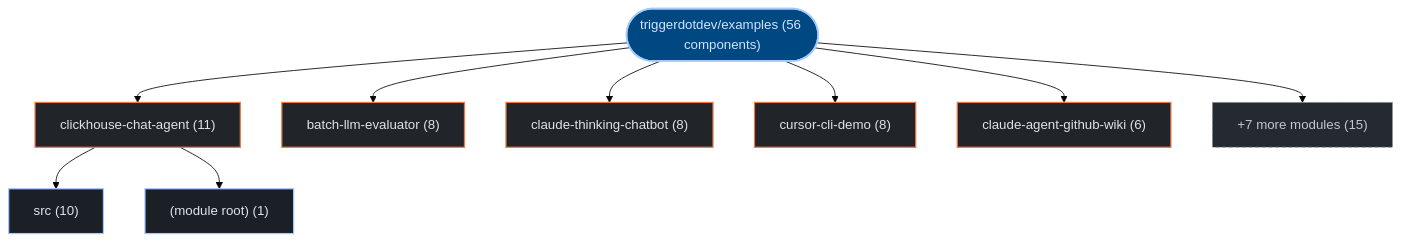
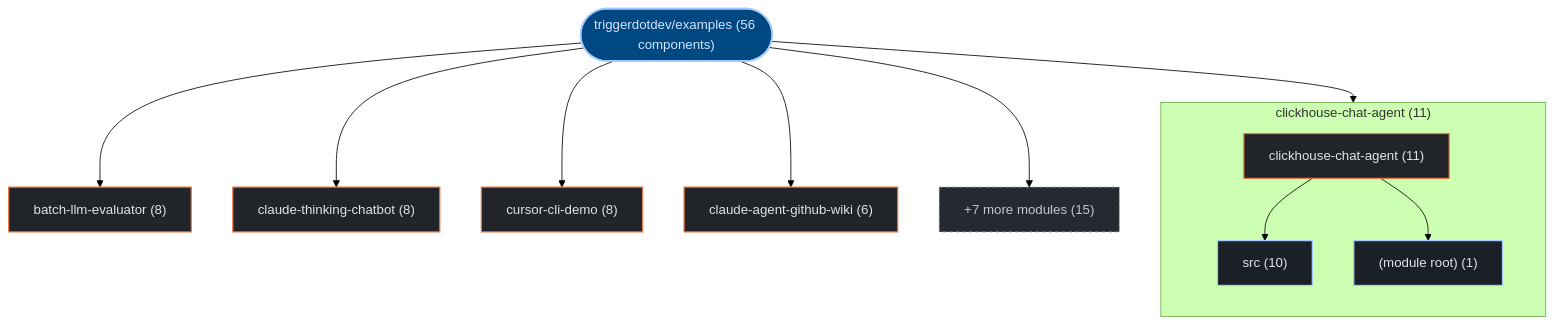
Before and after one commit to kumarshaz/atruss-code-atlas: the first of 2 diagrams in exports/latest/reports/triggerdotdev-examples-report.md, drawn with Mermaid (forest theme). The commit also changed 178 other files, not shown here.

Commit message:
feat(ui,mermaid): upgrade to mermaid v12 + ELK layout, add orgs-summary + pagination, subgraph building blocks, fix tab alignment

````diff
--- a/exports/latest/reports/triggerdotdev-examples-report.md
+++ b/exports/latest/reports/triggerdotdev-examples-report.md
@@ -41,27 +41,30 @@
 ```mermaid
 graph TD;
   classDef atlasRoot fill:#004882,stroke:#a3c9ff,stroke-width:2px,color:#d3e4ff
   classDef atlasCategory fill:#212428,stroke:#E87A48,stroke-width:1.5px,color:#dfe3eb
   classDef atlasWorkflow fill:#1b2026,stroke:#a3c9ff,stroke-width:1.5px,color:#dfe3eb
   classDef atlasJob fill:#171c22,stroke:#8d9199,stroke-width:1px,color:#dfe3eb
   classDef atlasTarget fill:#005227,stroke:#8bd99b,stroke-width:1.5px,color:#a7f6b6
   classDef atlasAlert fill:#93000a,stroke:#ffb4ab,stroke-width:1.5px,color:#ffdad6
   classDef atlasMore fill:#252a31,stroke:#8d9199,stroke-dasharray:4 4,color:#c3c6cf
     repo_root(["triggerdotdev/examples (56 components)"]):::atlasRoot
-    dir_0_clickhouse_chat_agent["clickhouse-chat-agent (11)"]:::atlasCategory
+    subgraph sg_dir_0_clickhouse_chat_agent["clickhouse-chat-agent (11)"]
+      direction TB
+      dir_0_clickhouse_chat_agent["clickhouse-chat-agent (11)"]:::atlasCategory
+      sub_0_0_src["src (10)"]:::atlasWorkflow
+      dir_0_clickhouse_chat_agent --> sub_0_0_src
+      sub_0_1__module_root_["(module root) (1)"]:::atlasWorkflow
+      dir_0_clickhouse_chat_agent --> sub_0_1__module_root_
+    end
     repo_root --> dir_0_clickhouse_chat_agent
-    sub_0_0_src["src (10)"]:::atlasWorkflow
-    dir_0_clickhouse_chat_agent --> sub_0_0_src
-    sub_0_1__module_root_["(module root) (1)"]:::atlasWorkflow
-    dir_0_clickhouse_chat_agent --> sub_0_1__module_root_
     dir_1_batch_llm_evaluator["batch-llm-evaluator (8)"]:::atlasCategory
     repo_root --> dir_1_batch_llm_evaluator
     dir_2_claude_thinking_chatbot["claude-thinking-chatbot (8)"]:::atlasCategory
     repo_root --> dir_2_claude_thinking_chatbot
     dir_3_cursor_cli_demo["cursor-cli-demo (8)"]:::atlasCategory
     repo_root --> dir_3_cursor_cli_demo
     dir_4_claude_agent_github_wiki["claude-agent-github-wiki (6)"]:::atlasCategory
     repo_root --> dir_4_claude_agent_github_wiki
     dir_other_modules["+7 more modules (15)"]:::atlasMore
     repo_root --> dir_other_modules
 ```
````
